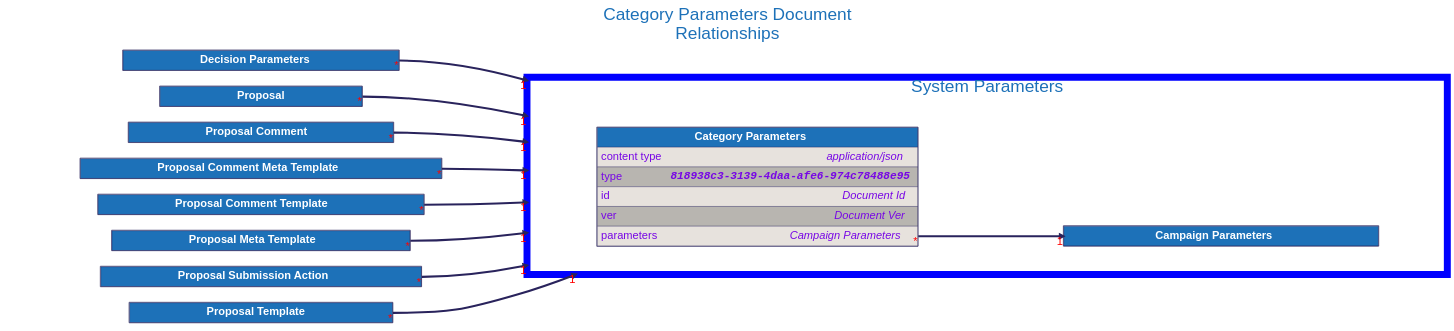
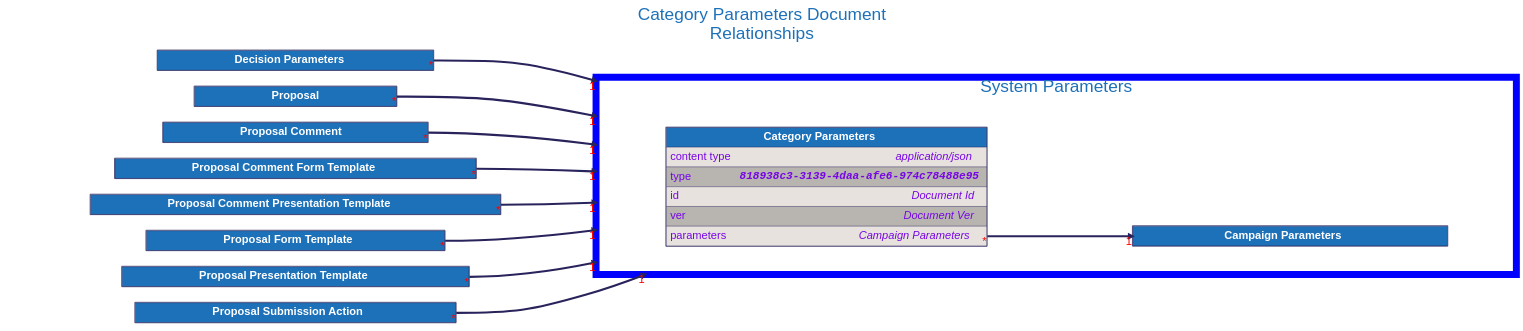
Before and after one commit to input-output-hk/catalyst-libs: the diagram in docs/src/architecture/08_concepts/signed_doc/diagrams/category_parameters.dot, drawn with Graphviz. The commit also changed 40 other files, not shown here.

```diff
--- a/docs/src/architecture/08_concepts/signed_doc/diagrams/category_parameters.dot
+++ b/docs/src/architecture/08_concepts/signed_doc/diagrams/category_parameters.dot
@@ -144,13 +144,13 @@
     ];
 
 
-    "Proposal Comment Meta Template" [
-        id="Proposal Comment Meta Template";
+    "Proposal Comment Form Template" [
+        id="Proposal Comment Form Template";
         label=<
             <TABLE BORDER="2" COLOR="#29235c" CELLBORDER="1" CELLSPACING="0" CELLPADDING="10">
             <TR>
-                <TD PORT="title" BGCOLOR="#1d71b8" HREF="../proposal_comment_meta_template/">
-                    <FONT COLOR="#ffffff"><B> Proposal Comment Meta Template </B></FONT>
+                <TD PORT="title" BGCOLOR="#1d71b8" HREF="../proposal_comment_form_template/">
+                    <FONT COLOR="#ffffff"><B> Proposal Comment Form Template </B></FONT>
                 </TD>
             </TR>
 
@@ -159,13 +159,13 @@
     ];
 
 
-    "Proposal Comment Template" [
-        id="Proposal Comment Template";
+    "Proposal Comment Presentation Template" [
+        id="Proposal Comment Presentation Template";
         label=<
             <TABLE BORDER="2" COLOR="#29235c" CELLBORDER="1" CELLSPACING="0" CELLPADDING="10">
             <TR>
-                <TD PORT="title" BGCOLOR="#1d71b8" HREF="../proposal_comment_template/">
-                    <FONT COLOR="#ffffff"><B> Proposal Comment Template </B></FONT>
+                <TD PORT="title" BGCOLOR="#1d71b8" HREF="../proposal_comment_presentation_template/">
+                    <FONT COLOR="#ffffff"><B> Proposal Comment Presentation Template </B></FONT>
                 </TD>
             </TR>
 
@@ -174,13 +174,28 @@
     ];
 
 
-    "Proposal Meta Template" [
-        id="Proposal Meta Template";
+    "Proposal Form Template" [
+        id="Proposal Form Template";
         label=<
             <TABLE BORDER="2" COLOR="#29235c" CELLBORDER="1" CELLSPACING="0" CELLPADDING="10">
             <TR>
-                <TD PORT="title" BGCOLOR="#1d71b8" HREF="../proposal_meta_template/">
-                    <FONT COLOR="#ffffff"><B> Proposal Meta Template </B></FONT>
+                <TD PORT="title" BGCOLOR="#1d71b8" HREF="../proposal_form_template/">
+                    <FONT COLOR="#ffffff"><B> Proposal Form Template </B></FONT>
+                </TD>
+            </TR>
+
+            </TABLE>
+        >
+    ];
+
+
+    "Proposal Presentation Template" [
+        id="Proposal Presentation Template";
+        label=<
+            <TABLE BORDER="2" COLOR="#29235c" CELLBORDER="1" CELLSPACING="0" CELLPADDING="10">
+            <TR>
+                <TD PORT="title" BGCOLOR="#1d71b8" HREF="../proposal_presentation_template/">
+                    <FONT COLOR="#ffffff"><B> Proposal Presentation Template </B></FONT>
                 </TD>
             </TR>
 
@@ -204,28 +219,13 @@
     ];
 
 
-    "Proposal Template" [
-        id="Proposal Template";
-        label=<
-            <TABLE BORDER="2" COLOR="#29235c" CELLBORDER="1" CELLSPACING="0" CELLPADDING="10">
-            <TR>
-                <TD PORT="title" BGCOLOR="#1d71b8" HREF="../proposal_template/">
-                    <FONT COLOR="#ffffff"><B> Proposal Template </B></FONT>
-                </TD>
-            </TR>
-
-            </TABLE>
-        >
-    ];
-
-
     "Category Parameters":"parameters":e -> "Campaign Parameters":"title":w [dir=forward, penwidth=6, color="#29235c", headlabel="1", taillabel="*"]
     "Decision Parameters":"title":e -> "Category Parameters" [dir=forward, penwidth=6, color="#29235c", headlabel="1", taillabel="*", lhead="cluster_system_parameters"]
     "Proposal":"title":e -> "Category Parameters" [dir=forward, penwidth=6, color="#29235c", headlabel="1", taillabel="*", lhead="cluster_system_parameters"]
     "Proposal Comment":"title":e -> "Category Parameters" [dir=forward, penwidth=6, color="#29235c", headlabel="1", taillabel="*", lhead="cluster_system_parameters"]
-    "Proposal Comment Meta Template":"title":e -> "Category Parameters" [dir=forward, penwidth=6, color="#29235c", headlabel="1", taillabel="*", lhead="cluster_system_parameters"]
-    "Proposal Comment Template":"title":e -> "Category Parameters" [dir=forward, penwidth=6, color="#29235c", headlabel="1", taillabel="*", lhead="cluster_system_parameters"]
-    "Proposal Meta Template":"title":e -> "Category Parameters" [dir=forward, penwidth=6, color="#29235c", headlabel="1", taillabel="*", lhead="cluster_system_parameters"]
+    "Proposal Comment Form Template":"title":e -> "Category Parameters" [dir=forward, penwidth=6, color="#29235c", headlabel="1", taillabel="*", lhead="cluster_system_parameters"]
+    "Proposal Comment Presentation Template":"title":e -> "Category Parameters" [dir=forward, penwidth=6, color="#29235c", headlabel="1", taillabel="*", lhead="cluster_system_parameters"]
+    "Proposal Form Template":"title":e -> "Category Parameters" [dir=forward, penwidth=6, color="#29235c", headlabel="1", taillabel="*", lhead="cluster_system_parameters"]
+    "Proposal Presentation Template":"title":e -> "Category Parameters" [dir=forward, penwidth=6, color="#29235c", headlabel="1", taillabel="*", lhead="cluster_system_parameters"]
     "Proposal Submission Action":"title":e -> "Category Parameters" [dir=forward, penwidth=6, color="#29235c", headlabel="1", taillabel="*", lhead="cluster_system_parameters"]
-    "Proposal Template":"title":e -> "Category Parameters" [dir=forward, penwidth=6, color="#29235c", headlabel="1", taillabel="*", lhead="cluster_system_parameters"]
 }
```
